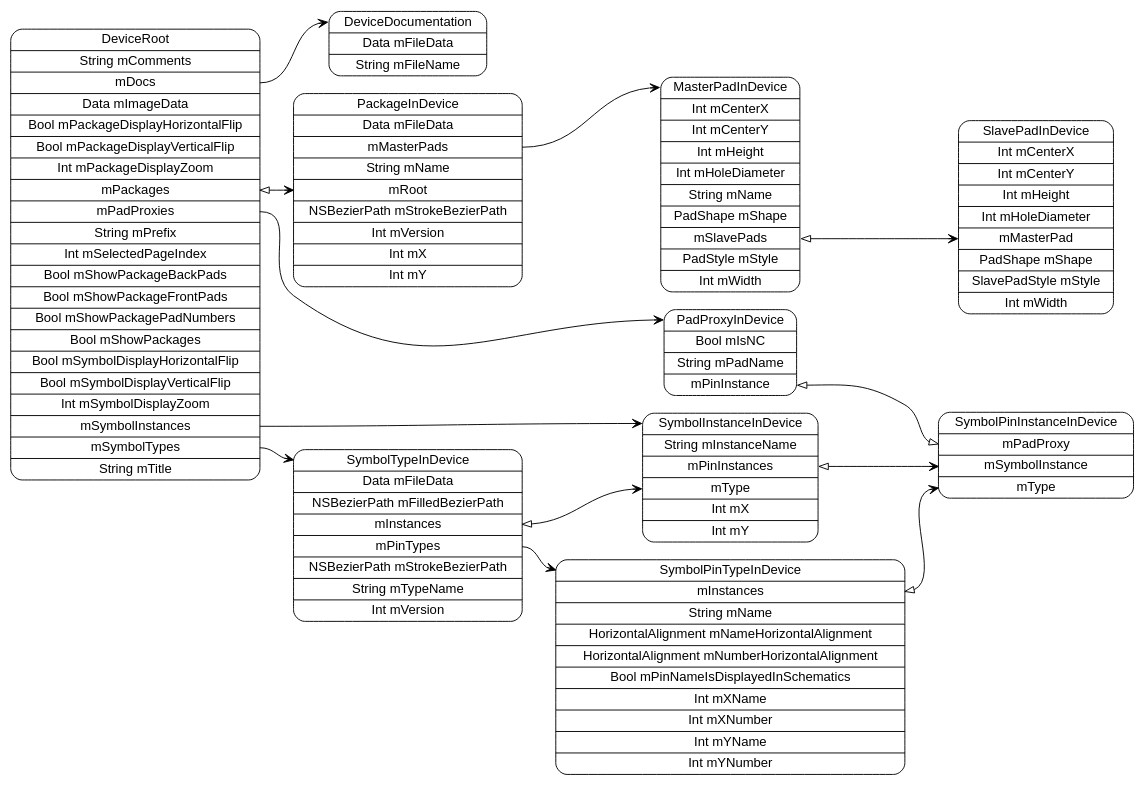
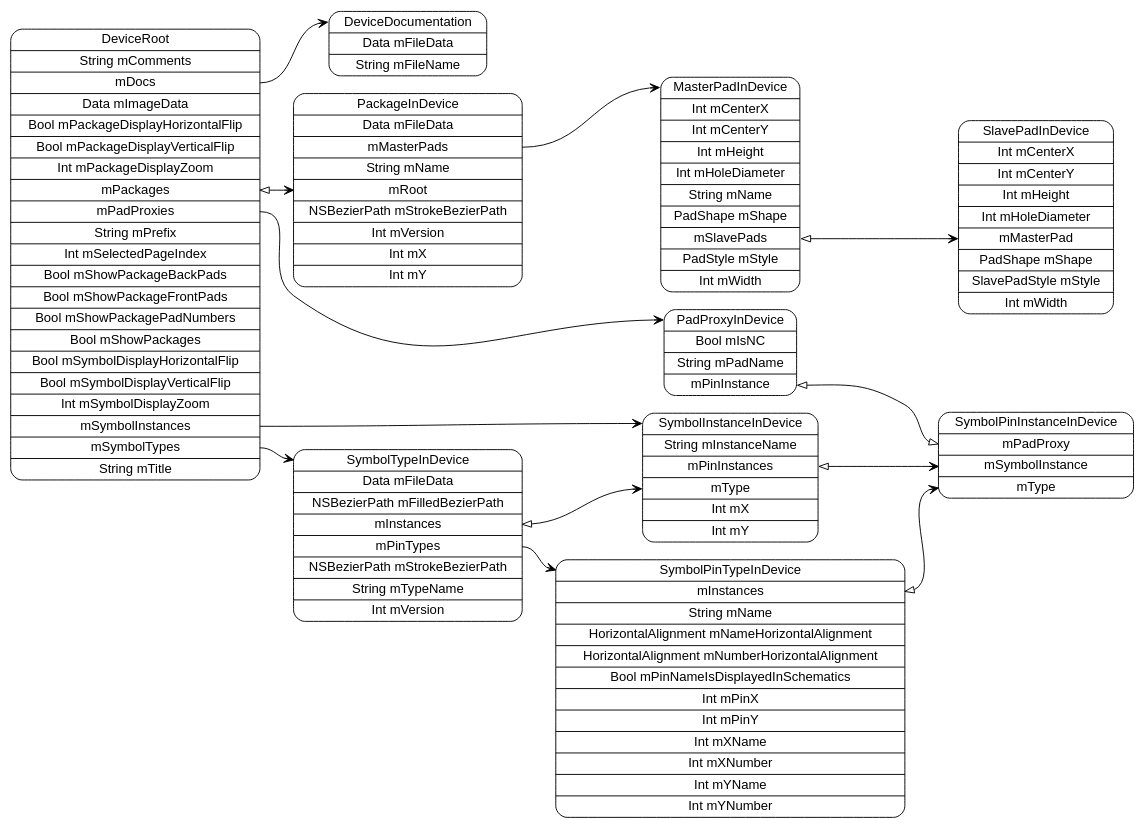
One commit to pierremolinaro/ElCanari-dev changed the diagram in models/DeviceRoot.dot. Above: the diagram before and after it, drawn with Graphviz. The commit also changed 22 other files, not shown here.

Commit message:
Added device in project symbol import

```diff
--- a/models/DeviceRoot.dot
+++ b/models/DeviceRoot.dot
@@ -1,26 +1,26 @@
 digraph G {
   rankdir=LR ;
   node [shape=record fontname=helvetica style=rounded] ;
   DeviceRoot[label="<DeviceRoot>DeviceRoot|String mComments|<mDocs>mDocs|Data mImageData|Bool mPackageDisplayHorizontalFlip|Bool mPackageDisplayVerticalFlip|Int mPackageDisplayZoom|<mPackages>mPackages|<mPadProxies>mPadProxies|String mPrefix|Int mSelectedPageIndex|Bool mShowPackageBackPads|Bool mShowPackageFrontPads|Bool mShowPackagePadNumbers|Bool mShowPackages|Bool mSymbolDisplayHorizontalFlip|Bool mSymbolDisplayVerticalFlip|Int mSymbolDisplayZoom|<mSymbolInstances>mSymbolInstances|<mSymbolTypes>mSymbolTypes|String mTitle"] ;
   SymbolTypeInDevice[label="<SymbolTypeInDevice>SymbolTypeInDevice|Data mFileData|NSBezierPath mFilledBezierPath|<mInstances>mInstances|<mPinTypes>mPinTypes|NSBezierPath mStrokeBezierPath|String mTypeName|Int mVersion"] ;
-  SymbolPinTypeInDevice[label="<SymbolPinTypeInDevice>SymbolPinTypeInDevice|<mInstances>mInstances|String mName|HorizontalAlignment mNameHorizontalAlignment|HorizontalAlignment mNumberHorizontalAlignment|Bool mPinNameIsDisplayedInSchematics|Int mXName|Int mXNumber|Int mYName|Int mYNumber"] ;
+  SymbolPinTypeInDevice[label="<SymbolPinTypeInDevice>SymbolPinTypeInDevice|<mInstances>mInstances|String mName|HorizontalAlignment mNameHorizontalAlignment|HorizontalAlignment mNumberHorizontalAlignment|Bool mPinNameIsDisplayedInSchematics|Int mPinX|Int mPinY|Int mXName|Int mXNumber|Int mYName|Int mYNumber"] ;
   SymbolPinInstanceInDevice[label="<SymbolPinInstanceInDevice>SymbolPinInstanceInDevice|<mPadProxy>mPadProxy|<mSymbolInstance>mSymbolInstance|<mType>mType"] ;
   SymbolInstanceInDevice[label="<SymbolInstanceInDevice>SymbolInstanceInDevice|String mInstanceName|<mPinInstances>mPinInstances|<mType>mType|Int mX|Int mY"] ;
   PadProxyInDevice[label="<PadProxyInDevice>PadProxyInDevice|Bool mIsNC|String mPadName|<mPinInstance>mPinInstance"] ;
   PackageInDevice[label="<PackageInDevice>PackageInDevice|Data mFileData|<mMasterPads>mMasterPads|String mName|<mRoot>mRoot|NSBezierPath mStrokeBezierPath|Int mVersion|Int mX|Int mY"] ;
   MasterPadInDevice[label="<MasterPadInDevice>MasterPadInDevice|Int mCenterX|Int mCenterY|Int mHeight|Int mHoleDiameter|String mName|PadShape mShape|<mSlavePads>mSlavePads|PadStyle mStyle|Int mWidth"] ;
   SlavePadInDevice[label="<SlavePadInDevice>SlavePadInDevice|Int mCenterX|Int mCenterY|Int mHeight|Int mHoleDiameter|<mMasterPad>mMasterPad|PadShape mShape|SlavePadStyle mStyle|Int mWidth"] ;
   DeviceDocumentation[label="<DeviceDocumentation>DeviceDocumentation|Data mFileData|String mFileName"] ;
   DeviceRoot:mDocs -> DeviceDocumentation:DeviceDocumentation [dir=both arrowtail=none arrowhead=vee] ;
   DeviceRoot:mPackages -> PackageInDevice:mRoot [dir=both arrowtail=onormal arrowhead=vee] ;
   DeviceRoot:mPadProxies -> PadProxyInDevice:PadProxyInDevice [dir=both arrowtail=none arrowhead=vee] ;
   DeviceRoot:mSymbolInstances -> SymbolInstanceInDevice:SymbolInstanceInDevice [dir=both arrowtail=none arrowhead=vee] ;
   DeviceRoot:mSymbolTypes -> SymbolTypeInDevice:SymbolTypeInDevice [dir=both arrowtail=none arrowhead=vee] ;
   SymbolTypeInDevice:mInstances -> SymbolInstanceInDevice:mType [dir=both arrowtail=onormal arrowhead=vee] ;
   SymbolTypeInDevice:mPinTypes -> SymbolPinTypeInDevice:SymbolPinTypeInDevice [dir=both arrowtail=none arrowhead=vee] ;
   SymbolPinTypeInDevice:mInstances -> SymbolPinInstanceInDevice:mType [dir=both arrowtail=onormal arrowhead=vee] ;
   SymbolInstanceInDevice:mPinInstances -> SymbolPinInstanceInDevice:mSymbolInstance [dir=both arrowtail=onormal arrowhead=vee] ;
   PadProxyInDevice:mPinInstance -> SymbolPinInstanceInDevice:mPadProxy [dir=both arrowtail=onormal arrowhead=onormal] ;
   PackageInDevice:mMasterPads -> MasterPadInDevice:MasterPadInDevice [dir=both arrowtail=none arrowhead=vee] ;
   MasterPadInDevice:mSlavePads -> SlavePadInDevice:mMasterPad [dir=both arrowtail=onormal arrowhead=vee] ;
 }
```
